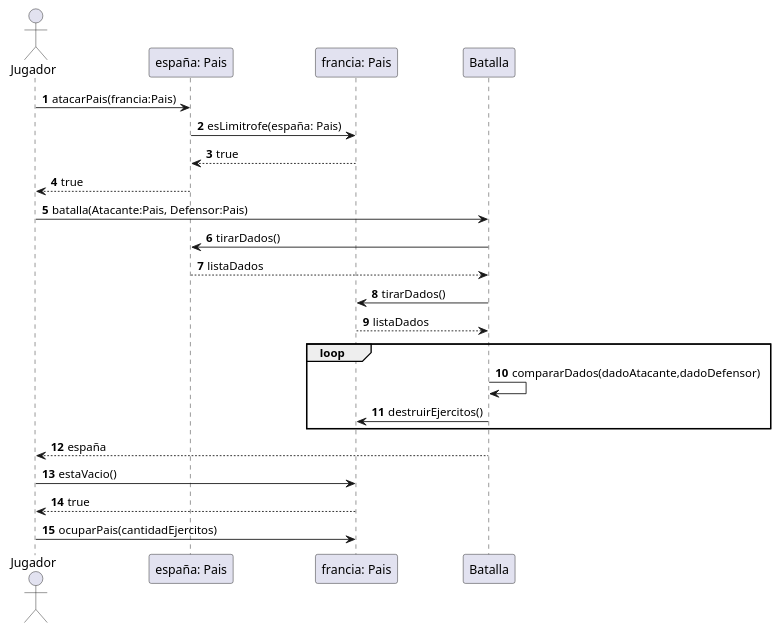
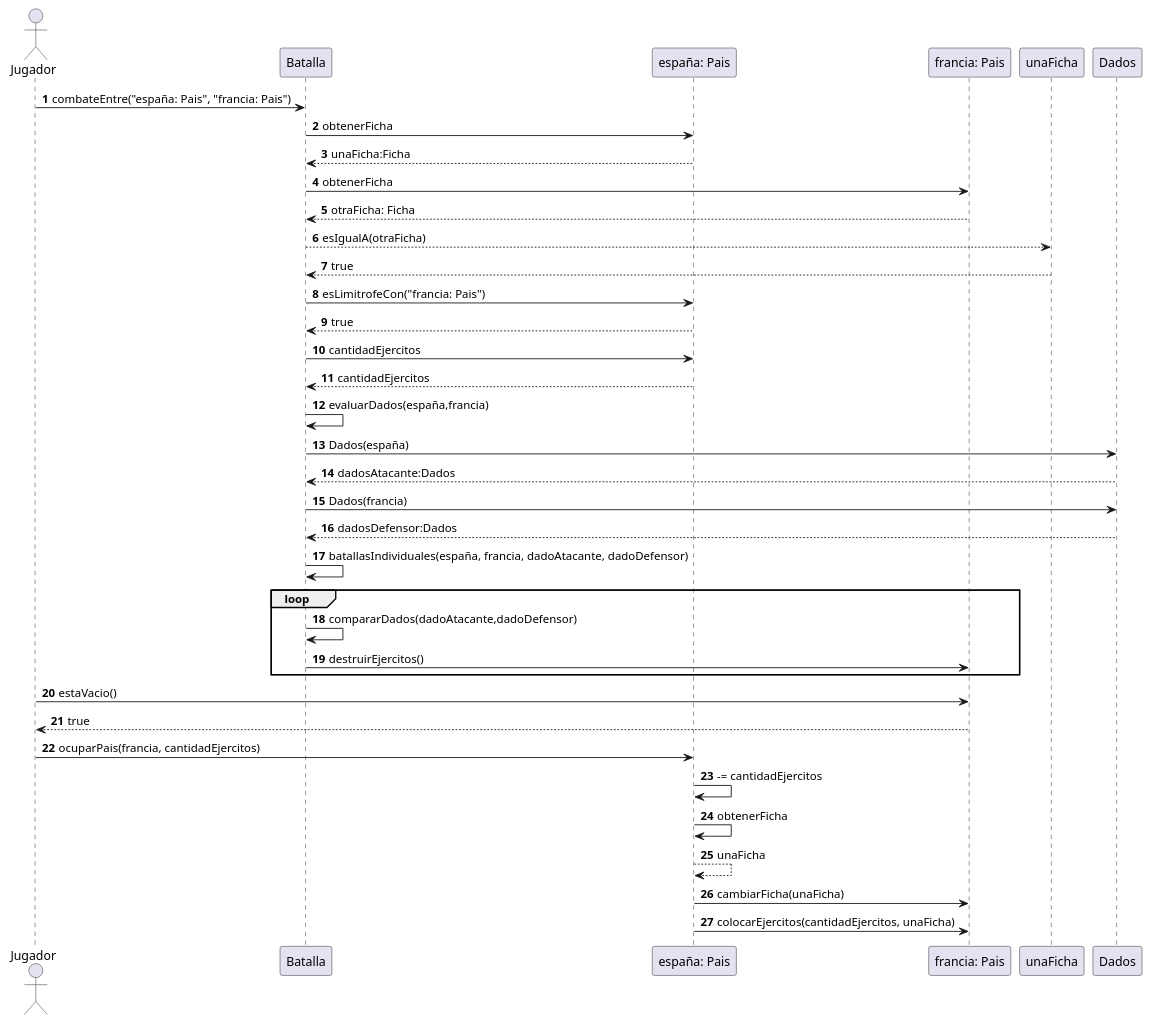
The diagram in src/main/diagramas_puml/JugadorAtacaDeEspañaAFranciaYOcupoPais.puml (Cristianfca197/altego), drawn with PlantUML before and after one commit. The commit also changed 9 other files, not shown here.

Commit message:
diagramas actualizados y error prueba corregido

```diff
--- a/src/main/diagramas_puml/JugadorAtacaDeEspañaAFranciaYOcupoPais.puml
+++ b/src/main/diagramas_puml/JugadorAtacaDeEspañaAFranciaYOcupoPais.puml
@@ -1,28 +1,46 @@
 @startuml
 
 
 autonumber
 
 actor Jugador
-Jugador -> "españa: Pais":atacarPais(francia:Pais)
-"españa: Pais" -> "francia: Pais": esLimitrofe(españa: Pais)
-"españa: Pais" <-- "francia: Pais": true
-Jugador <-- "españa: Pais": true
+Jugador -> Batalla: combateEntre("españa: Pais", "francia: Pais")
+Batalla -> "españa: Pais" : obtenerFicha
+"españa: Pais" --> Batalla :unaFicha:Ficha
+Batalla -> "francia: Pais": obtenerFicha
+"francia: Pais" --> Batalla: otraFicha: Ficha
+Batalla -->unaFicha : esIgualA(otraFicha)
+unaFicha --> Batalla: true
 
-Jugador -> Batalla: batalla(Atacante:Pais, Defensor:Pais)
-Batalla -> "españa: Pais":tirarDados()
-"españa: Pais" -->Batalla :listaDados
-Batalla -> "francia: Pais": tirarDados()
-"francia: Pais" -->Batalla: listaDados
+Batalla -> "españa: Pais": esLimitrofeCon("francia: Pais")
+"españa: Pais" --> Batalla: true
+Batalla -> "españa: Pais": cantidadEjercitos
+"españa: Pais" --> Batalla: cantidadEjercitos
+Batalla -> Batalla :evaluarDados(españa,francia)
+
+Batalla ->Dados: Dados(españa)
+Dados --> Batalla: dadosAtacante:Dados
+Batalla ->Dados: Dados(francia)
+Dados --> Batalla: dadosDefensor:Dados
+
+Batalla -> Batalla :batallasIndividuales(españa, francia, dadoAtacante, dadoDefensor)
+
+
 
 loop
 Batalla -> Batalla: compararDados(dadoAtacante,dadoDefensor)
 Batalla ->"francia: Pais":destruirEjercitos()
 end
-Batalla --> Jugador:españa
+
 
 Jugador->"francia: Pais": estaVacio()
 "francia: Pais" --> Jugador: true
+Jugador -> "españa: Pais": ocuparPais(francia, cantidadEjercitos)
+"españa: Pais" -> "españa: Pais": -= cantidadEjercitos
+"españa: Pais" -> "españa: Pais": obtenerFicha
+"españa: Pais" --> "españa: Pais": unaFicha
+"españa: Pais" -> "francia: Pais" : cambiarFicha(unaFicha)
+"españa: Pais" -> "francia: Pais": colocarEjercitos(cantidadEjercitos, unaFicha)
 
-Jugador -> "francia: Pais": ocuparPais(cantidadEjercitos)
+
 @enduml
```
